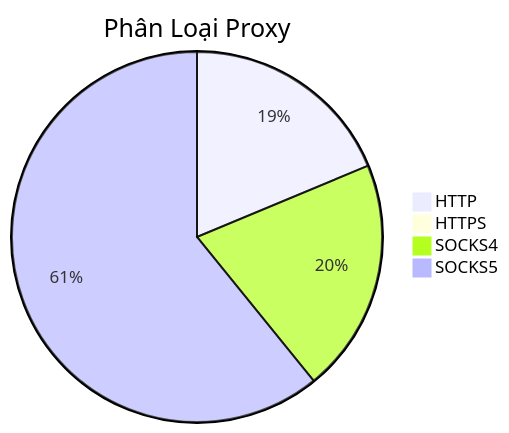
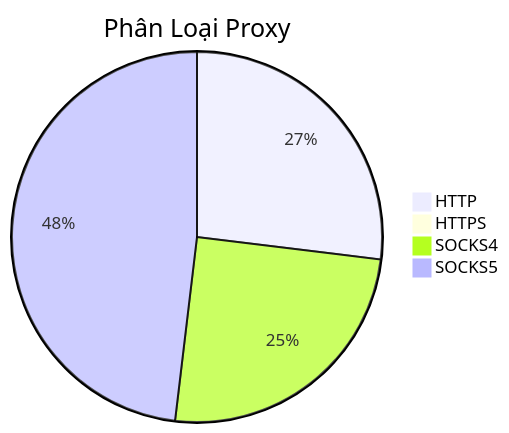
Before and after one commit to Ciara-12/PROXY-free: the diagram in README.md, drawn with Mermaid. The commit also changed other lines of this file and 3 other files, not shown here.

````diff
--- a/README.md
+++ b/README.md
@@ -26,7 +26,7 @@
 ```mermaid
 pie title Phân Loại Proxy
-    "HTTP" : 370
+    "HTTP" : 420
     "HTTPS" : 1
-    "SOCKS4" : 404
-    "SOCKS5" : 1203
+    "SOCKS4" : 389
+    "SOCKS5" : 750
 ```
````
